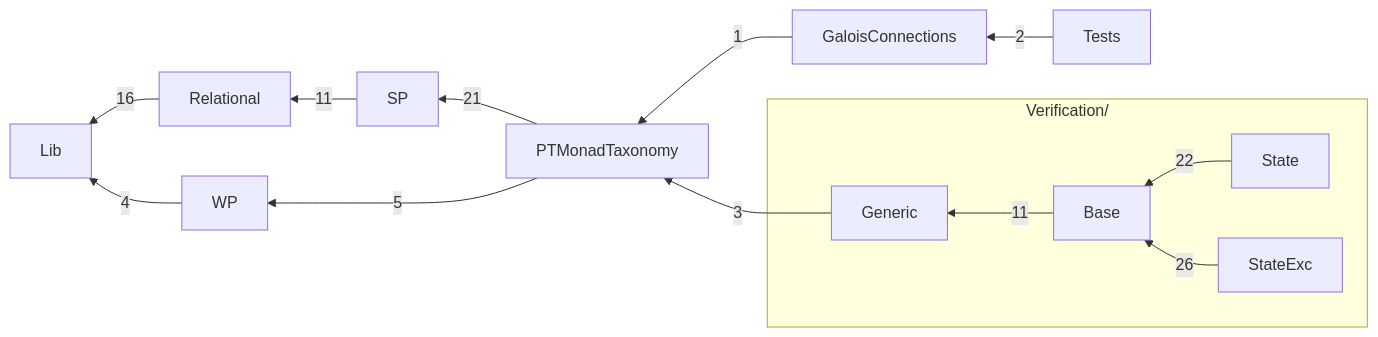
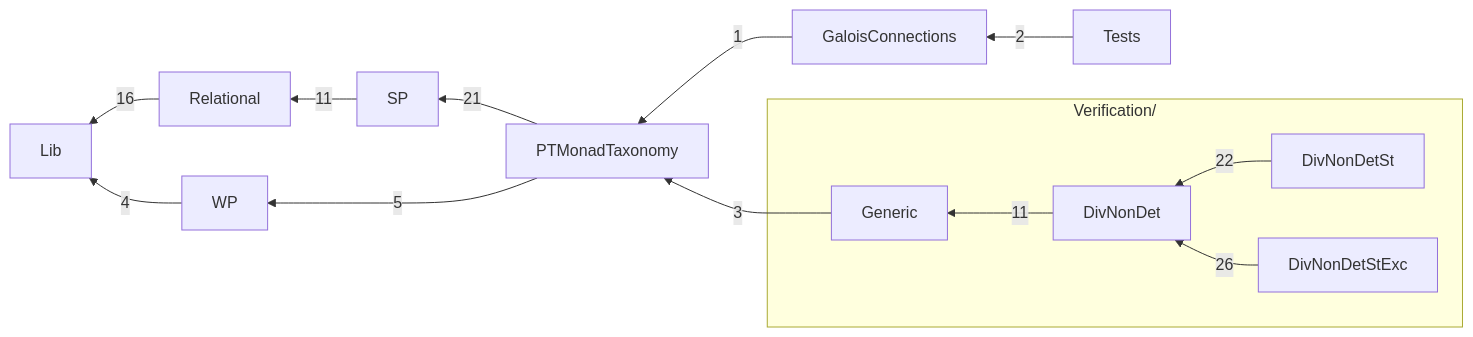
Before and after one commit to lastland/SpecMonad: the diagram in Code/README.md, drawn with Mermaid. The commit also changed other lines of this file and 44 other files, not shown here.

````diff
--- a/Code/README.md
+++ b/Code/README.md
@@ -45,20 +45,20 @@
 ```mermaid
 flowchart RL
   subgraph Verification[Verification/]
-    Verification_Base[Base]
+    Verification_DivNonDet[DivNonDet]
+    Verification_DivNonDetSt[DivNonDetSt]
+    Verification_DivNonDetStExc[DivNonDetStExc]
     Verification_Generic[Generic]
-    Verification_State[State]
-    Verification_StateExc[StateExc]
   end
   GaloisConnections[GaloisConnections] -->|1| PTMonadTaxonomy[PTMonadTaxonomy]
   PTMonadTaxonomy[PTMonadTaxonomy] -->|21| SP[SP]
   PTMonadTaxonomy[PTMonadTaxonomy] -->|5| WP[WP]
   Relational[Relational] -->|16| Lib[Lib]
   SP[SP] -->|11| Relational[Relational]
   Tests[Tests] -->|2| GaloisConnections[GaloisConnections]
-  Verification_Base -->|11| Verification_Generic
+  Verification_DivNonDet -->|11| Verification_Generic
+  Verification_DivNonDetSt -->|22| Verification_DivNonDet
+  Verification_DivNonDetStExc -->|26| Verification_DivNonDet
   Verification_Generic -->|3| PTMonadTaxonomy[PTMonadTaxonomy]
-  Verification_State -->|22| Verification_Base
-  Verification_StateExc -->|26| Verification_Base
   WP[WP] -->|4| Lib[Lib]
 ```
````
